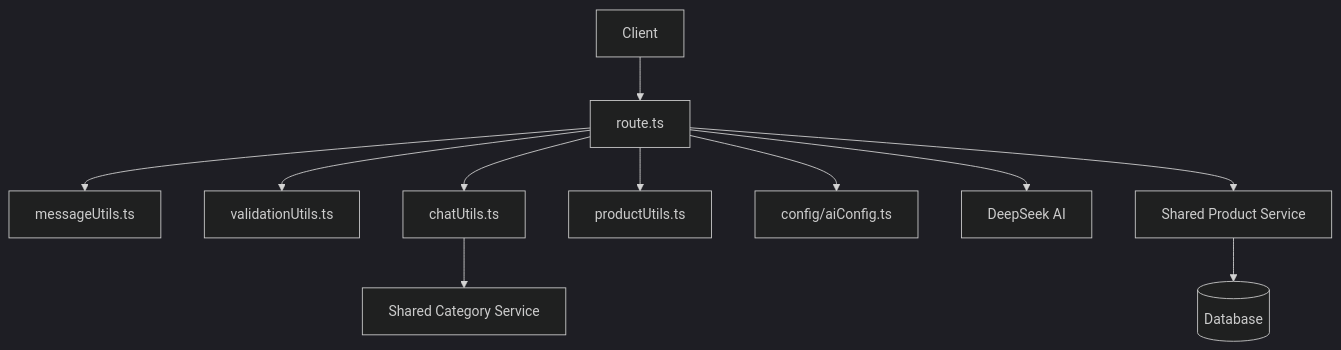
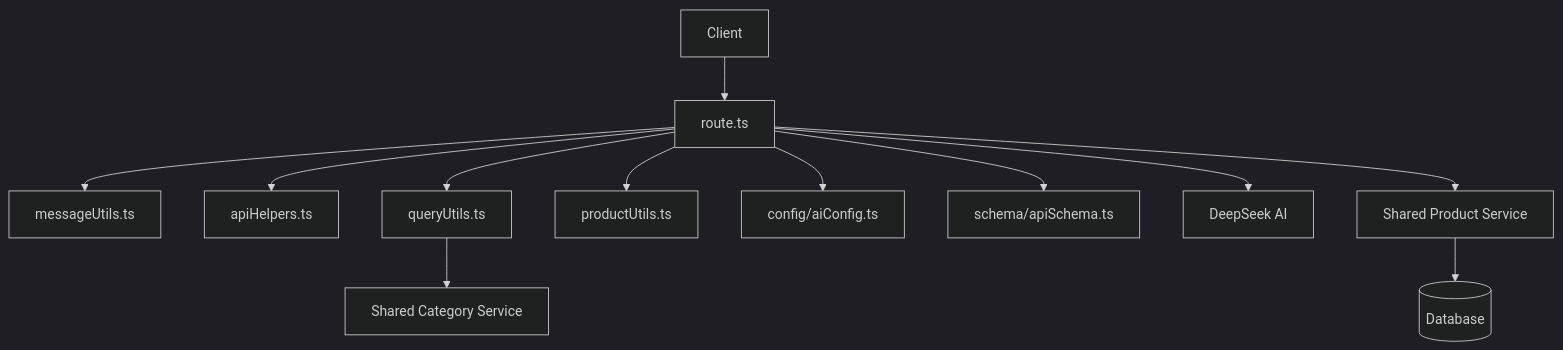
The diagram in apps/shop/src/app/api/chat/README.md (dennisvaga/bodyfuel), drawn with Mermaid (dark theme) before and after one commit. The commit also changed other lines of this file and 4 other files, not shown here.

Commit message:
feat: Enhance documentation and refactor utility functions; update API helpers, message handling, product formatting, and query parsing utilities

````diff
--- a/apps/shop/src/app/api/chat/README.md
+++ b/apps/shop/src/app/api/chat/README.md
@@ -27,13 +28,14 @@
 ```mermaid
 flowchart TD
     Client[Client] --> Route[route.ts]
     Route --> MessageUtils[messageUtils.ts]
-    Route --> ValidationUtils[validationUtils.ts]
-    Route --> ChatUtils[chatUtils.ts]
+    Route --> ApiHelpers[apiHelpers.ts]
+    Route --> QueryUtils[queryUtils.ts]
     Route --> ProductUtils[productUtils.ts]
     Route --> AIConfig[config/aiConfig.ts]
+    Route --> Schema[schema/apiSchema.ts]
     Route --> AI[DeepSeek AI]
-    ChatUtils --> CategoryService[Shared Category Service]
+    QueryUtils --> CategoryService[Shared Category Service]
     Route --> ProductService[Shared Product Service]
     ProductService --> Database[(Database)]
 ```
````
